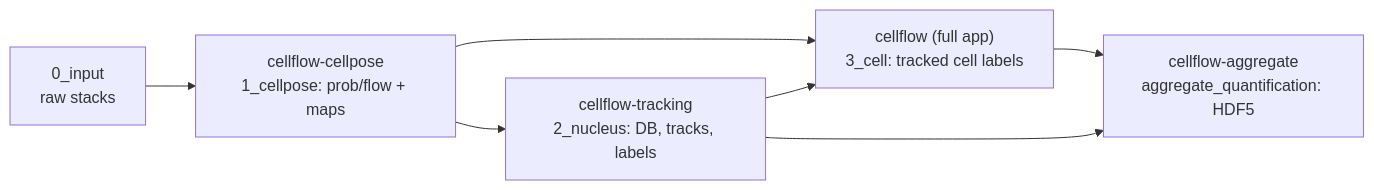
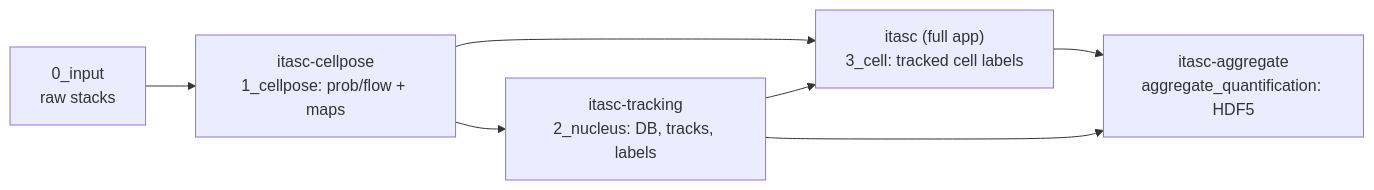
The diagram in docs/manual/index.md (ArturRuppel/ITASC), drawn with Mermaid before and after one commit. The commit also changed other lines of this file and 441 other files, not shown here.

First line of the commit message:
rename: CellFlow -> ITASC across packages, source, and docs

````diff
--- a/docs/manual/index.md
+++ b/docs/manual/index.md
@@ -34,10 +34,10 @@
 ```{mermaid}
 flowchart LR
     raw["0_input<br/>raw stacks"] --> cp
-    cp["cellflow-cellpose<br/>1_cellpose: prob/flow + maps"] --> trk
+    cp["itasc-cellpose<br/>1_cellpose: prob/flow + maps"] --> trk
     cp --> seg
-    trk["cellflow-tracking<br/>2_nucleus: DB, tracks, labels"] --> seg
-    seg["cellflow (full app)<br/>3_cell: tracked cell labels"] --> agg
+    trk["itasc-tracking<br/>2_nucleus: DB, tracks, labels"] --> seg
+    seg["itasc (full app)<br/>3_cell: tracked cell labels"] --> agg
     trk --> agg
-    agg["cellflow-aggregate<br/>aggregate_quantification: HDF5"]
+    agg["itasc-aggregate<br/>aggregate_quantification: HDF5"]
 ```
````
